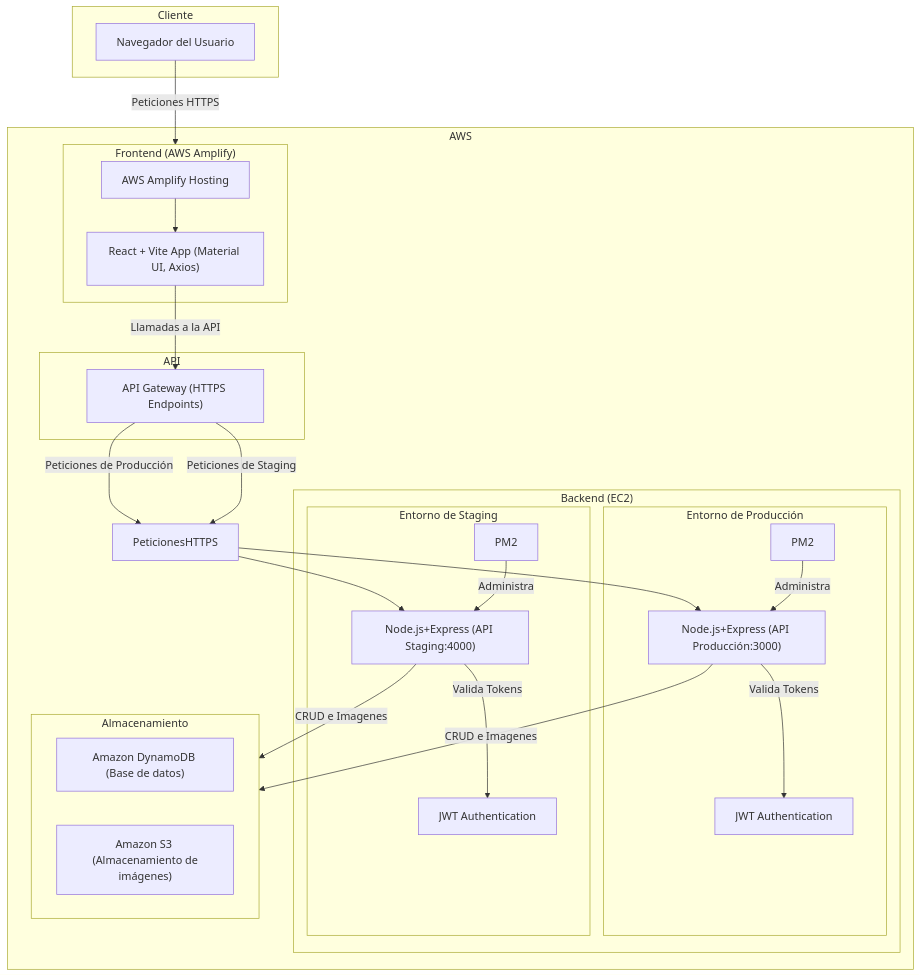
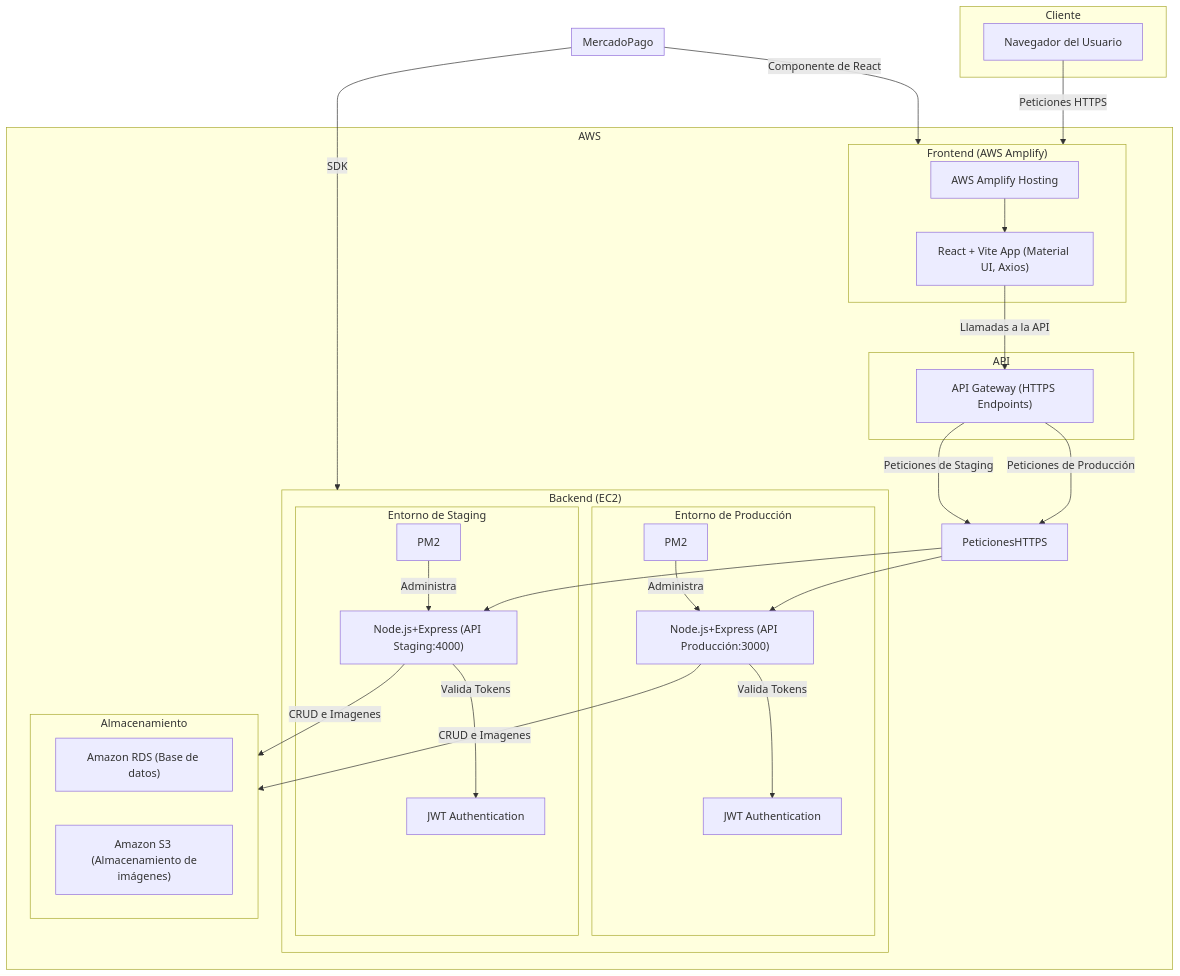
One commit to CodeAnd-Co/Documentacion changed the diagram in documentation/docs/proyectos/textiles/documentacion/manual-de-arquitectura-textiles.md. Above: the diagram before and after it, drawn with Mermaid. The commit also changed other lines of this file and 7 other files, not shown here.

Commit message:
Cambiar DynamoDB por RDS debido a cambio en tecnologia

````diff
--- a/documentation/docs/proyectos/textiles/documentacion/manual-de-arquitectura-textiles.md
+++ b/documentation/docs/proyectos/textiles/documentacion/manual-de-arquitectura-textiles.md
@@ -162,55 +148,61 @@
 ```mermaid
 flowchart TB
  subgraph Cliente["Cliente"]
         Browser["Navegador del Usuario"]
   end
  subgraph Frontend["Frontend (AWS Amplify)"]
         AmplifyHosting["AWS Amplify Hosting"]
         ReactApp["React + Vite App (Material UI, Axios)"]
   end
  subgraph API["API"]
         APIGateway["API Gateway (HTTPS Endpoints)"]
   end
  subgraph Produccion["Entorno de Producción"]
         NodeJSProd["Node.js+Express (API Producción:3000)"]
         PM2Prod["PM2"]
         JWT["JWT Authentication"]
   end
  subgraph Staging["Entorno de Staging"]
         NodeJSStaging["Node.js+Express (API Staging:4000)"]
         PM2Staging["PM2"]
         JWTS["JWT Authentication"]
   end
  subgraph EC2["Backend (EC2)"]
         Produccion
         Staging
   end
+
+  subgraph MercadoPago["MercadoPago"]
+  end
  subgraph Almacenamiento["Almacenamiento"]
-        DynamoDB["Amazon DynamoDB (Base de datos)"]
+        RDS["Amazon RDS (Base de datos)"]
         S3["Amazon S3 (Almacenamiento de\nimágenes)"]
   end
  subgraph AWS["AWS"]
         PeticionesHTTPS
         Frontend
         API
         EC2
         Almacenamiento
   end
     Browser -- Peticiones HTTPS --> Frontend
     AmplifyHosting --> ReactApp
     ReactApp -- Llamadas a la API --> APIGateway
 
     APIGateway -- Peticiones de Producción --> PeticionesHTTPS
     APIGateway -- Peticiones de Staging --> PeticionesHTTPS
 
     PeticionesHTTPS --> NodeJSProd
     PeticionesHTTPS --> NodeJSStaging
 
     PM2Prod -- Administra --> NodeJSProd
     PM2Staging -- Administra --> NodeJSStaging
     NodeJSProd -- Valida Tokens --> JWT
     NodeJSStaging -- Valida Tokens --> JWTS
 
     NodeJSProd -- CRUD e Imagenes --> Almacenamiento
     NodeJSStaging -- CRUD e Imagenes --> Almacenamiento
+
+    MercadoPago -- Componente de React --> Frontend
+    MercadoPago -- SDK --> EC2
 ```
````
